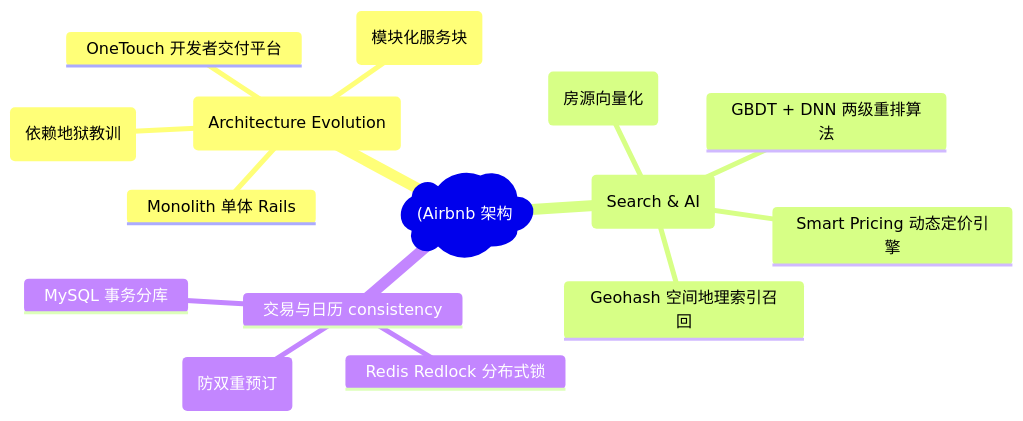
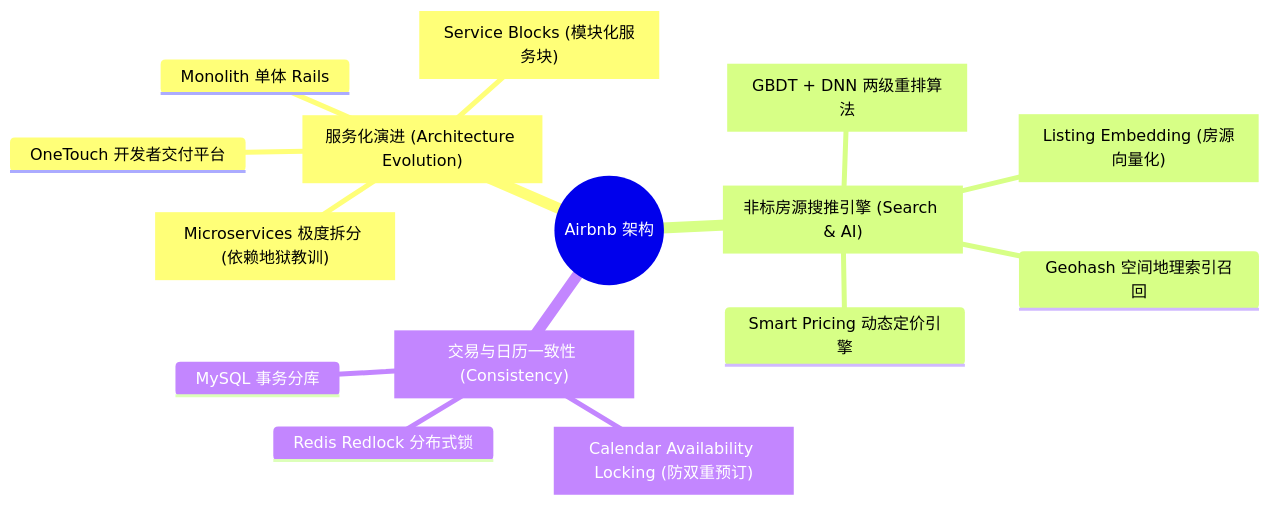
The second of 6 diagrams in docs/atlas/airbnb.mdx (koosai/AI-Architect-Learning), drawn with Mermaid before and after one commit. The commit also changed other lines of this file and 68 other files, not shown here.

Commit message:
fix(atlas): fix browser client-side Mermaid rendering for mindmaps and flowcharts across 67 case studies

````diff
--- a/docs/atlas/airbnb.mdx
+++ b/docs/atlas/airbnb.mdx
@@ -87,18 +89,18 @@
 ```mermaid
 mindmap
-  root("(Airbnb 架构"))
-    服务化演进 (Architecture Evolution)
+  root(("Airbnb 架构"))
+    ["服务化演进 (Architecture Evolution)"]
       Monolith 单体 Rails
-      Microservices 极度拆分 (依赖地狱教训)
-      Service Blocks (模块化服务块)
+      ["Microservices 极度拆分 (依赖地狱教训)"]
+      ["Service Blocks (模块化服务块)"]
       OneTouch 开发者交付平台
-    非标房源搜推引擎 (Search & AI)
+    ["非标房源搜推引擎 (Search & AI)"]
       Geohash 空间地理索引召回
-      Listing Embedding (房源向量化)
-      GBDT + DNN 两级重排算法
+      ["Listing Embedding (房源向量化)"]
+      ["GBDT + DNN 两级重排算法"]
       Smart Pricing 动态定价引擎
-    交易与日历 consistency
-      Calendar Availability Locking (防双重预订)
+    ["交易与日历一致性 (Consistency)"]
+      ["Calendar Availability Locking (防双重预订)"]
       Redis Redlock 分布式锁
       MySQL 事务分库
 ```
````
